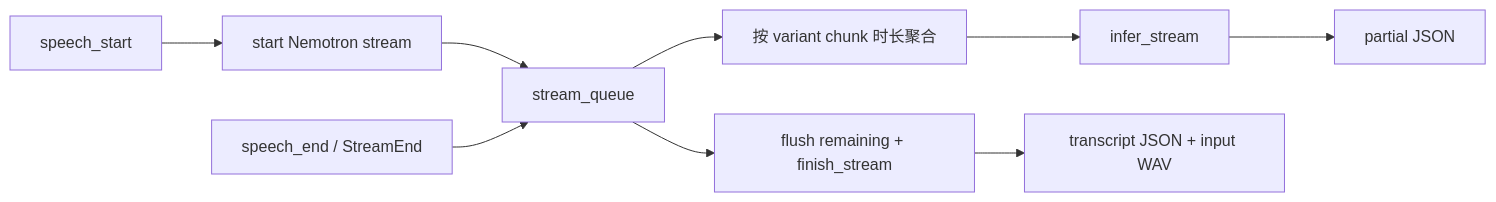
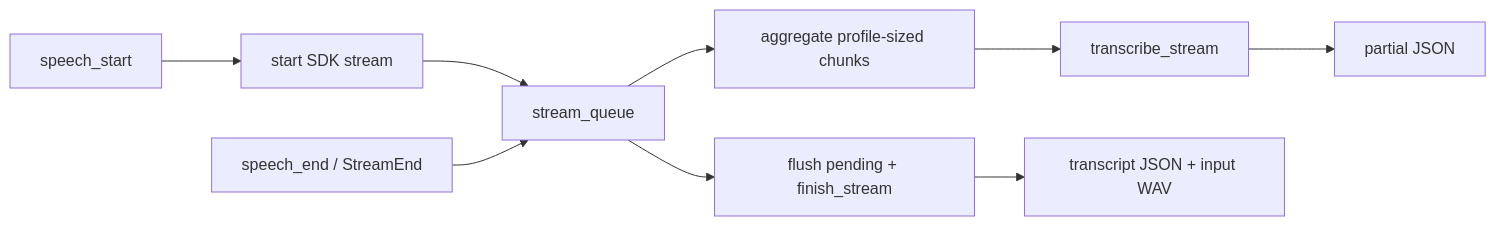
One commit to devilyouwei/hugging-mac changed the sixth of 6 diagrams in apps/web/backend/src/hugging_mac_web/live_transcription/README.md. Above: the diagram before and after it, drawn with Mermaid. The commit also changed other lines of this file and 93 other files, not shown here.

````diff
--- a/apps/web/backend/src/hugging_mac_web/live_transcription/README.md
+++ b/apps/web/backend/src/hugging_mac_web/live_transcription/README.md
@@ -211,11 +247,11 @@
 ```mermaid
 flowchart LR
-    ST[speech_start] --> SS[start Nemotron stream]
+    ST[speech_start] --> SS[start SDK stream]
     SS --> Q[stream_queue]
-    Q --> P[按 variant chunk 时长聚合]
-    P --> N[infer_stream]
+    Q --> P[aggregate profile-sized chunks]
+    P --> N[transcribe_stream]
     N --> PT[partial JSON]
     SE[speech_end / StreamEnd] --> Q
-    Q --> F[flush remaining + finish_stream]
+    Q --> F[flush pending + finish_stream]
     F --> T[transcript JSON + input WAV]
 ```
````
